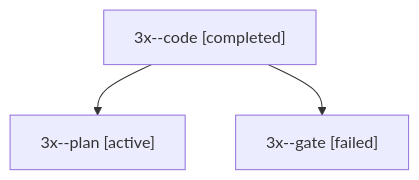
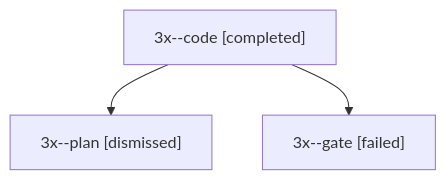
The diagram in sessions/bbugyi200.apollo.3x.md (bobs-org/bob-cli--agents), drawn with Mermaid before and after one commit. The commit also changed other lines of this file and 36 other files, not shown here.

````diff
--- a/sessions/bbugyi200.apollo.3x.md
+++ b/sessions/bbugyi200.apollo.3x.md
@@ -9,8 +9,8 @@
 ```mermaid
 flowchart TD
   n0["3x--code [completed]"]
-  n1["3x--plan [active]"]
+  n1["3x--plan [dismissed]"]
   n0 --> n1
   n2["3x--gate [failed]"]
   n0 --> n2
 ```
````
